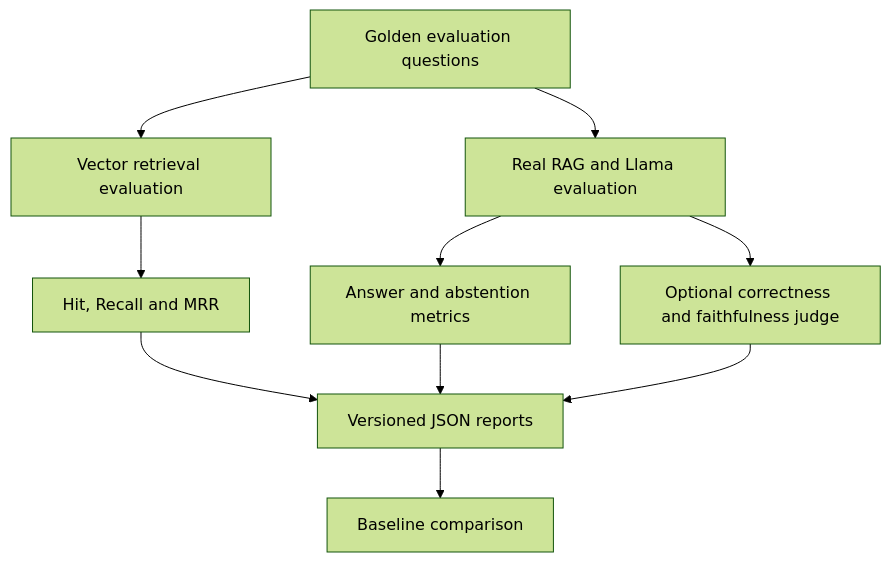
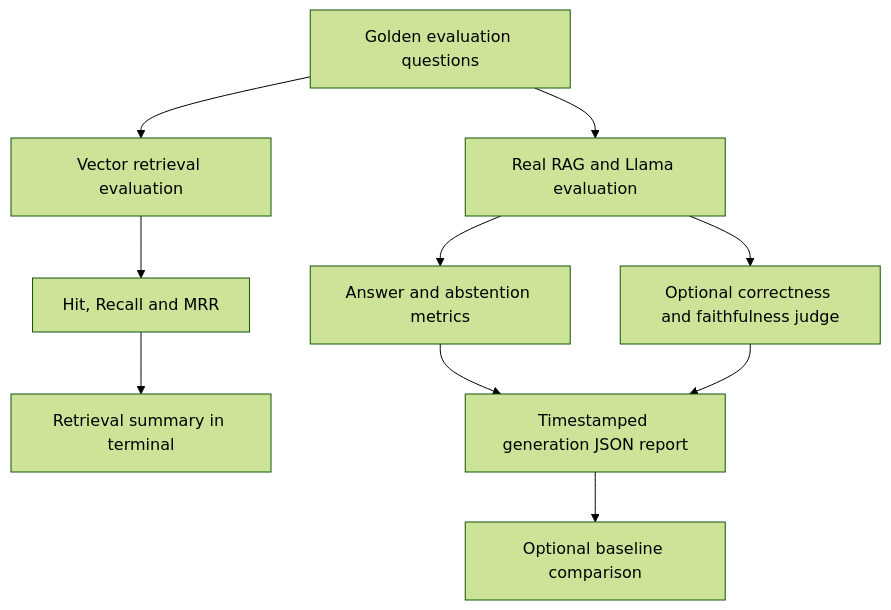
The fifth of 9 diagrams in readme.md (hidayatarg/enterprise-rag), drawn with Mermaid (forest theme) before and after one commit. The commit also changed other lines of this file, not shown here.

````diff
--- a/readme.md
+++ b/readme.md
@@ -231,12 +237,12 @@
 ```mermaid
 flowchart TD
     A["Golden evaluation questions"] --> B["Vector retrieval evaluation"]
     A --> C["Real RAG and Llama evaluation"]
     B --> D["Hit, Recall and MRR"]
     C --> E["Answer and abstention metrics"]
     C --> F["Optional correctness and faithfulness judge"]
-    D --> G["Versioned JSON reports"]
-    E --> G
+    D --> I["Retrieval summary in terminal"]
+    E --> G["Timestamped generation JSON report"]
     F --> G
-    G --> H["Baseline comparison"]
+    G --> H["Optional baseline comparison"]
 ```
````
